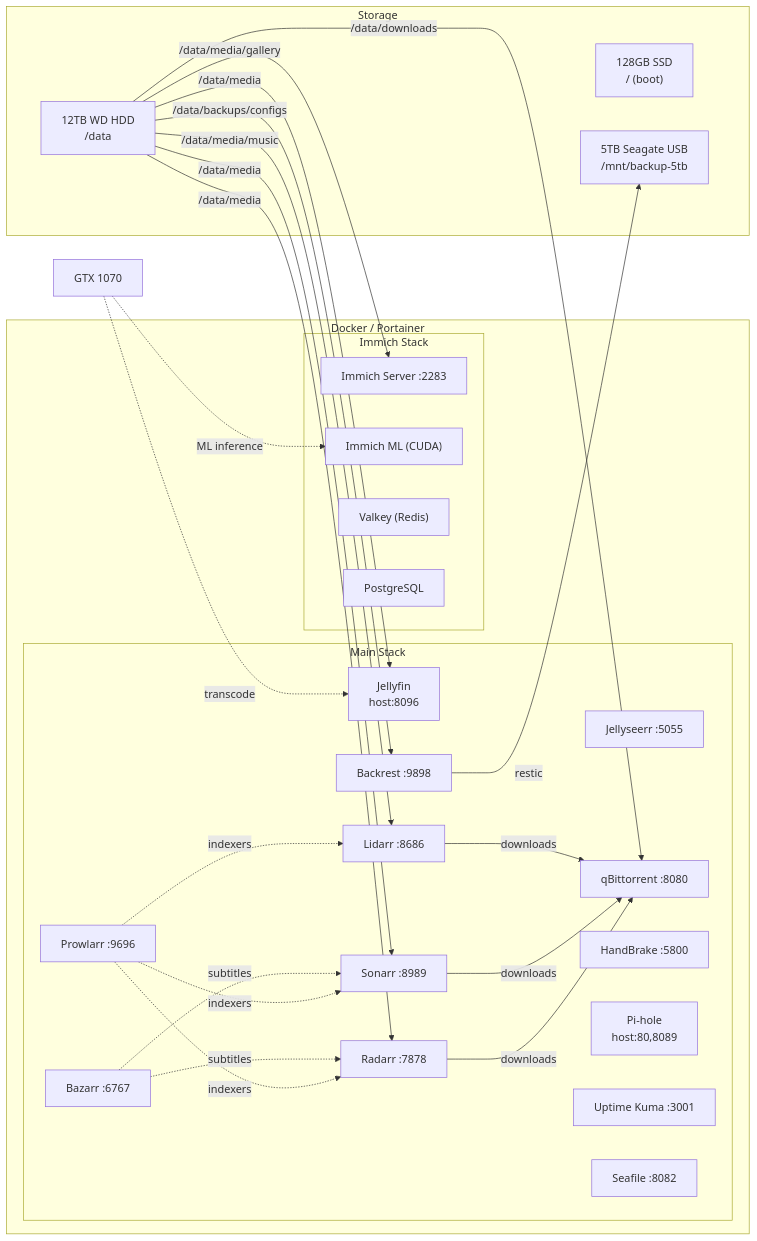
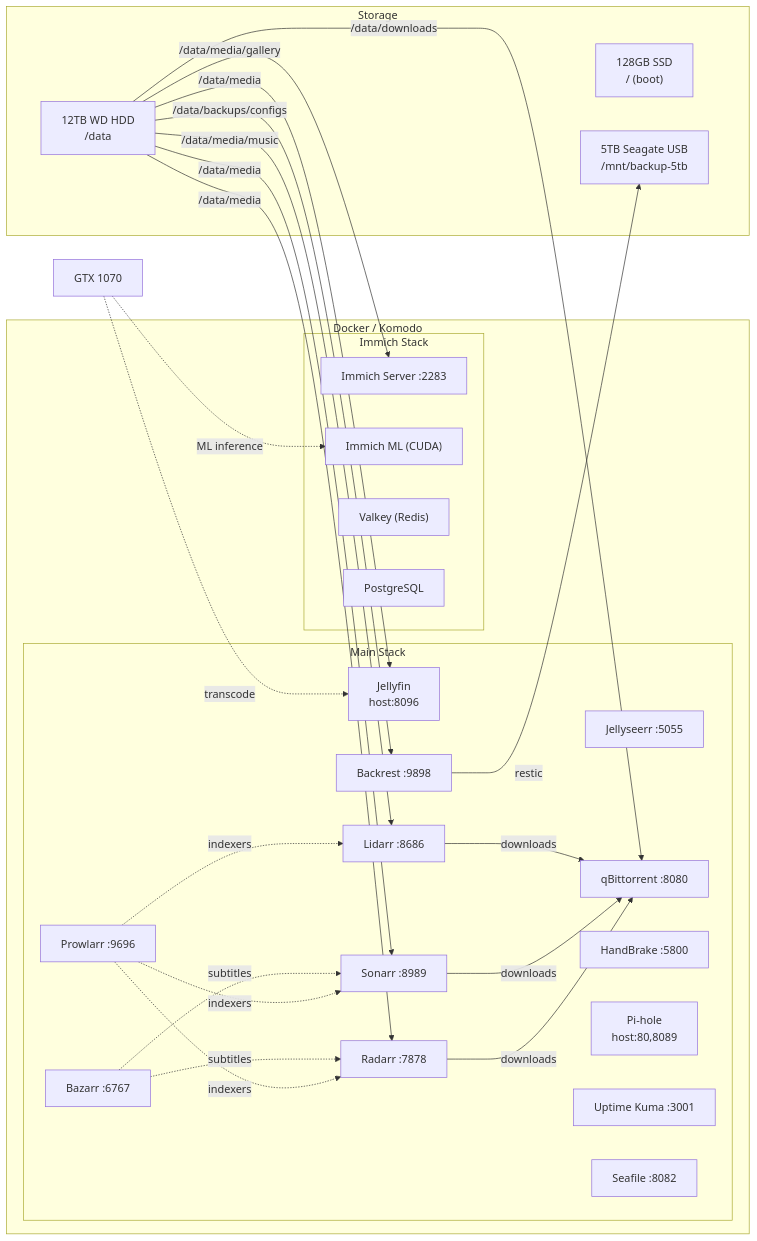
The second of 2 diagrams in README.md (Geckuss/bigmt-mediaserver), drawn with Mermaid before and after one commit. The commit also changed other lines of this file and 7 other files, not shown here.

First line of the commit message:
remove portainer, it is now komodo everywhere

````diff
--- a/README.md
+++ b/README.md
@@ -36,56 +36,56 @@
 ```mermaid
 graph LR
-    subgraph Portainer["Docker / Portainer"]
+    subgraph Komodo["Docker / Komodo"]
         subgraph main["Main Stack"]
             Jellyfin["Jellyfin<br/>host:8096"]
             Radarr["Radarr :7878"]
             Sonarr["Sonarr :8989"]
             Bazarr["Bazarr :6767"]
             Lidarr["Lidarr :8686"]
             Prowlarr["Prowlarr :9696"]
             Jellyseerr["Jellyseerr :5055"]
             qBit["qBittorrent :8080"]
             HandBrake["HandBrake :5800"]
             Pihole["Pi-hole<br/>host:80,8089"]
             Backrest["Backrest :9898"]
             Kuma["Uptime Kuma :3001"]
             Seafile["Seafile :8082"]
         end
         subgraph immich["Immich Stack"]
             ImmichSrv["Immich Server :2283"]
             ImmichML["Immich ML (CUDA)"]
             Redis["Valkey (Redis)"]
             Postgres["PostgreSQL"]
         end
     end
 
     subgraph Storage
         SSD["128GB SSD<br/>/  (boot)"]
         HDD["12TB WD HDD<br/>/data"]
         Backup["5TB Seagate USB<br/>/mnt/backup-5tb"]
     end
 
     GPU["GTX 1070"]
 
     GPU -.->|transcode| Jellyfin
     GPU -.->|ML inference| ImmichML
 
     HDD -->|/data/media| Jellyfin
     HDD -->|/data/media| Radarr
     HDD -->|/data/media| Sonarr
     HDD -->|/data/media/music| Lidarr
     HDD -->|/data/downloads| qBit
     HDD -->|/data/backups/configs| Backrest
     HDD -->|/data/media/gallery| ImmichSrv
 
     Prowlarr -.->|indexers| Radarr
     Prowlarr -.->|indexers| Sonarr
     Prowlarr -.->|indexers| Lidarr
     Radarr -->|downloads| qBit
     Sonarr -->|downloads| qBit
     Lidarr -->|downloads| qBit
     Bazarr -.->|subtitles| Radarr
     Bazarr -.->|subtitles| Sonarr
 
     Backrest -->|restic| Backup
 ```
````
